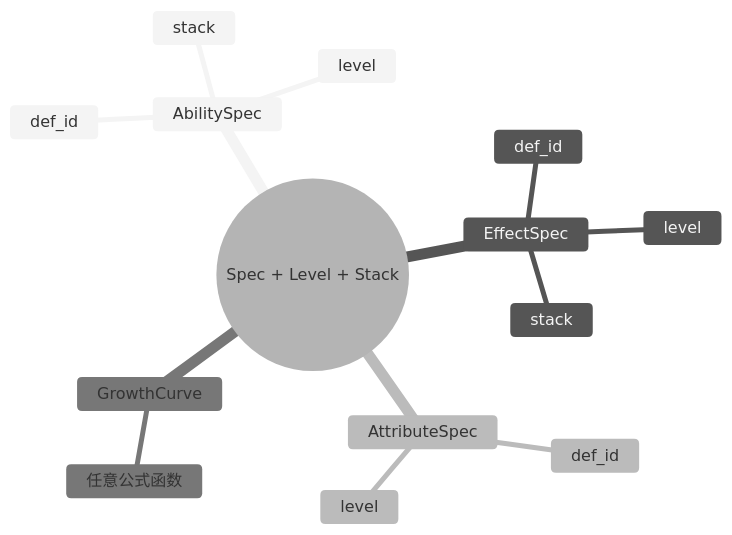
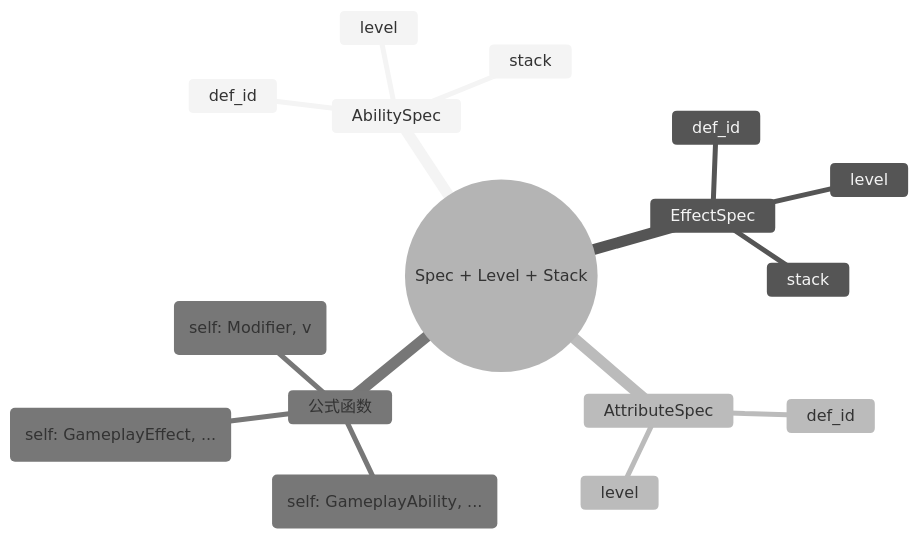
The diagram in docs/specs/mini_gas/spec-system.md (caorenmei/cgas), drawn with Mermaid before and after one commit. The commit also changed other lines of this file and 27 other files, not shown here.

First line of the commit message:
refactor(mini_gas): 状态自包含，Defs 分离，移除通用 GrowthCurve

````diff
--- a/docs/specs/mini_gas/spec-system.md
+++ b/docs/specs/mini_gas/spec-system.md
@@ -12,18 +14,20 @@
 ```mermaid
 %%{init: {'theme': 'neutral'}}%%
 mindmap
   root((Spec + Level + Stack))
     AbilitySpec
       def_id
       level
       stack
     EffectSpec
       def_id
       level
       stack
     AttributeSpec
       def_id
       level
-    GrowthCurve
-      任意公式函数
+    公式函数
+      fun(self: GameplayAbility, ...)
+      fun(self: GameplayEffect, ...)
+      fun(self: Modifier, v)
 ```
````
